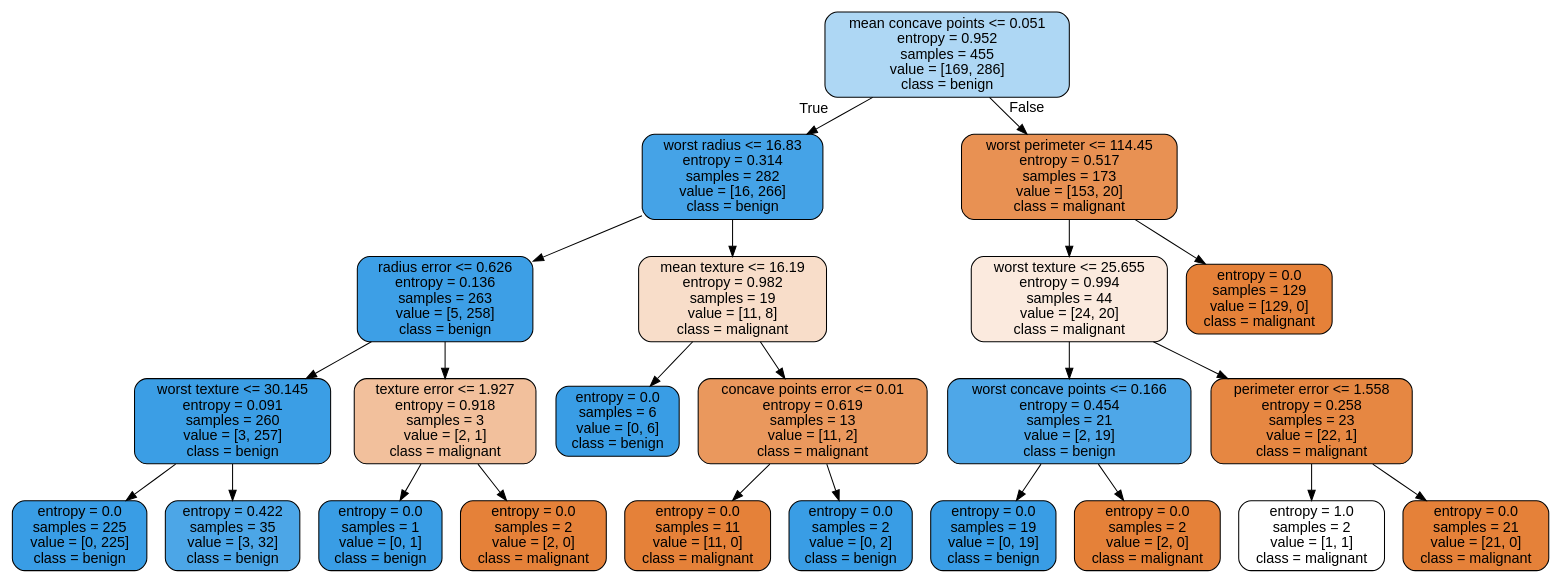
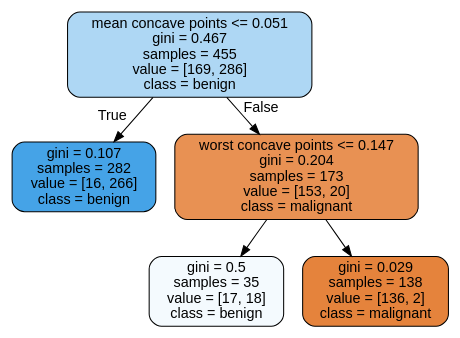
The diagram in images/decision_trees/cancer_tree.dot (CertifiedErickBaps/data-mining-db), drawn with Graphviz before and after one commit. The commit also changed 1 other file, not shown here.

```diff
--- a/images/decision_trees/cancer_tree.dot
+++ b/images/decision_trees/cancer_tree.dot
@@ -1,49 +1,13 @@
 digraph Tree {
 node [shape=box, style="filled, rounded", color="black", fontname=helvetica] ;
 edge [fontname=helvetica] ;
-0 [label="mean concave points <= 0.051\nentropy = 0.952\nsamples = 455\nvalue = [169, 286]\nclass = benign", fillcolor="#aed7f4"] ;
-1 [label="worst radius <= 16.83\nentropy = 0.314\nsamples = 282\nvalue = [16, 266]\nclass = benign", fillcolor="#45a3e7"] ;
+0 [label="mean concave points <= 0.051\ngini = 0.467\nsamples = 455\nvalue = [169, 286]\nclass = benign", fillcolor="#aed7f4"] ;
+1 [label="gini = 0.107\nsamples = 282\nvalue = [16, 266]\nclass = benign", fillcolor="#45a3e7"] ;
 0 -> 1 [labeldistance=2.5, labelangle=45, headlabel="True"] ;
-2 [label="radius error <= 0.626\nentropy = 0.136\nsamples = 263\nvalue = [5, 258]\nclass = benign", fillcolor="#3d9fe6"] ;
-1 -> 2 ;
-3 [label="worst texture <= 30.145\nentropy = 0.091\nsamples = 260\nvalue = [3, 257]\nclass = benign", fillcolor="#3b9ee5"] ;
+2 [label="worst concave points <= 0.147\ngini = 0.204\nsamples = 173\nvalue = [153, 20]\nclass = malignant", fillcolor="#e89153"] ;
+0 -> 2 [labeldistance=2.5, labelangle=-45, headlabel="False"] ;
+3 [label="gini = 0.5\nsamples = 35\nvalue = [17, 18]\nclass = benign", fillcolor="#f4fafe"] ;
 2 -> 3 ;
-4 [label="entropy = 0.0\nsamples = 225\nvalue = [0, 225]\nclass = benign", fillcolor="#399de5"] ;
-3 -> 4 ;
-5 [label="entropy = 0.422\nsamples = 35\nvalue = [3, 32]\nclass = benign", fillcolor="#4ca6e7"] ;
-3 -> 5 ;
-6 [label="texture error <= 1.927\nentropy = 0.918\nsamples = 3\nvalue = [2, 1]\nclass = malignant", fillcolor="#f2c09c"] ;
-2 -> 6 ;
-7 [label="entropy = 0.0\nsamples = 1\nvalue = [0, 1]\nclass = benign", fillcolor="#399de5"] ;
-6 -> 7 ;
-8 [label="entropy = 0.0\nsamples = 2\nvalue = [2, 0]\nclass = malignant", fillcolor="#e58139"] ;
-6 -> 8 ;
-9 [label="mean texture <= 16.19\nentropy = 0.982\nsamples = 19\nvalue = [11, 8]\nclass = malignant", fillcolor="#f8ddc9"] ;
-1 -> 9 ;
-10 [label="entropy = 0.0\nsamples = 6\nvalue = [0, 6]\nclass = benign", fillcolor="#399de5"] ;
-9 -> 10 ;
-11 [label="concave points error <= 0.01\nentropy = 0.619\nsamples = 13\nvalue = [11, 2]\nclass = malignant", fillcolor="#ea985d"] ;
-9 -> 11 ;
-12 [label="entropy = 0.0\nsamples = 11\nvalue = [11, 0]\nclass = malignant", fillcolor="#e58139"] ;
-11 -> 12 ;
-13 [label="entropy = 0.0\nsamples = 2\nvalue = [0, 2]\nclass = benign", fillcolor="#399de5"] ;
-11 -> 13 ;
-14 [label="worst perimeter <= 114.45\nentropy = 0.517\nsamples = 173\nvalue = [153, 20]\nclass = malignant", fillcolor="#e89153"] ;
-0 -> 14 [labeldistance=2.5, labelangle=-45, headlabel="False"] ;
-15 [label="worst texture <= 25.655\nentropy = 0.994\nsamples = 44\nvalue = [24, 20]\nclass = malignant", fillcolor="#fbeade"] ;
-14 -> 15 ;
-16 [label="worst concave points <= 0.166\nentropy = 0.454\nsamples = 21\nvalue = [2, 19]\nclass = benign", fillcolor="#4ea7e8"] ;
-15 -> 16 ;
-17 [label="entropy = 0.0\nsamples = 19\nvalue = [0, 19]\nclass = benign", fillcolor="#399de5"] ;
-16 -> 17 ;
-18 [label="entropy = 0.0\nsamples = 2\nvalue = [2, 0]\nclass = malignant", fillcolor="#e58139"] ;
-16 -> 18 ;
-19 [label="perimeter error <= 1.558\nentropy = 0.258\nsamples = 23\nvalue = [22, 1]\nclass = malignant", fillcolor="#e68742"] ;
-15 -> 19 ;
-20 [label="entropy = 1.0\nsamples = 2\nvalue = [1, 1]\nclass = malignant", fillcolor="#ffffff"] ;
-19 -> 20 ;
-21 [label="entropy = 0.0\nsamples = 21\nvalue = [21, 0]\nclass = malignant", fillcolor="#e58139"] ;
-19 -> 21 ;
-22 [label="entropy = 0.0\nsamples = 129\nvalue = [129, 0]\nclass = malignant", fillcolor="#e58139"] ;
-14 -> 22 ;
+4 [label="gini = 0.029\nsamples = 138\nvalue = [136, 2]\nclass = malignant", fillcolor="#e5833c"] ;
+2 -> 4 ;
 }
```
